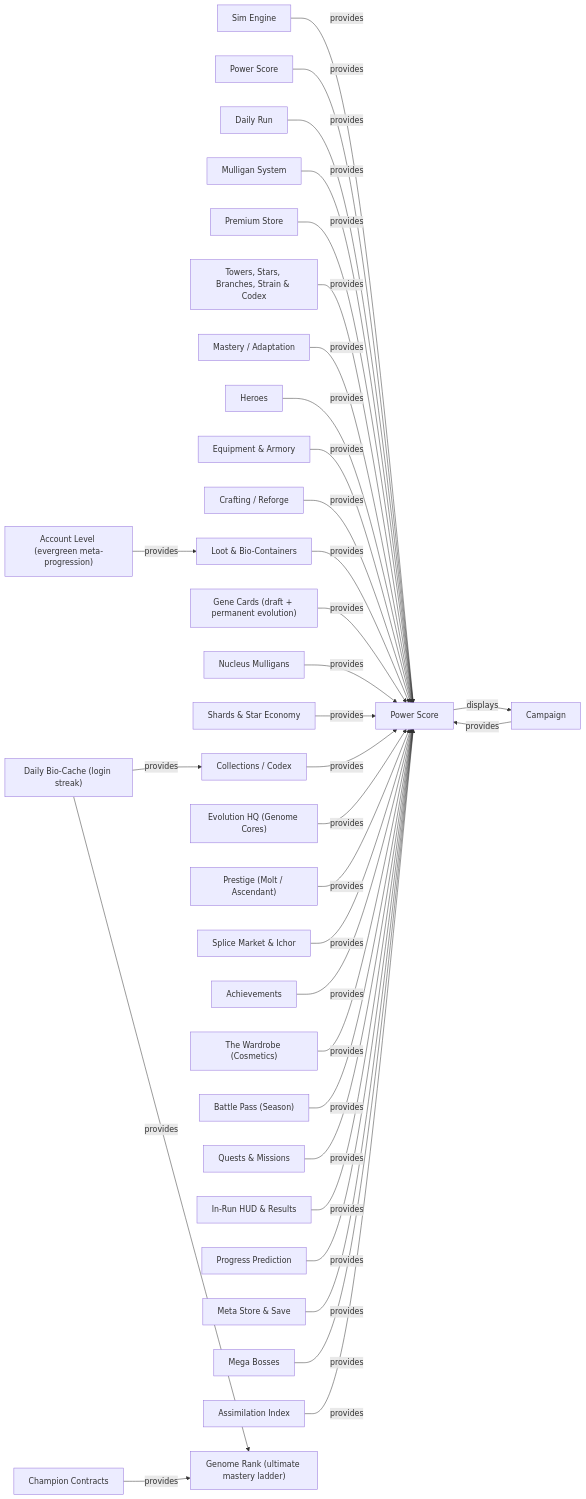
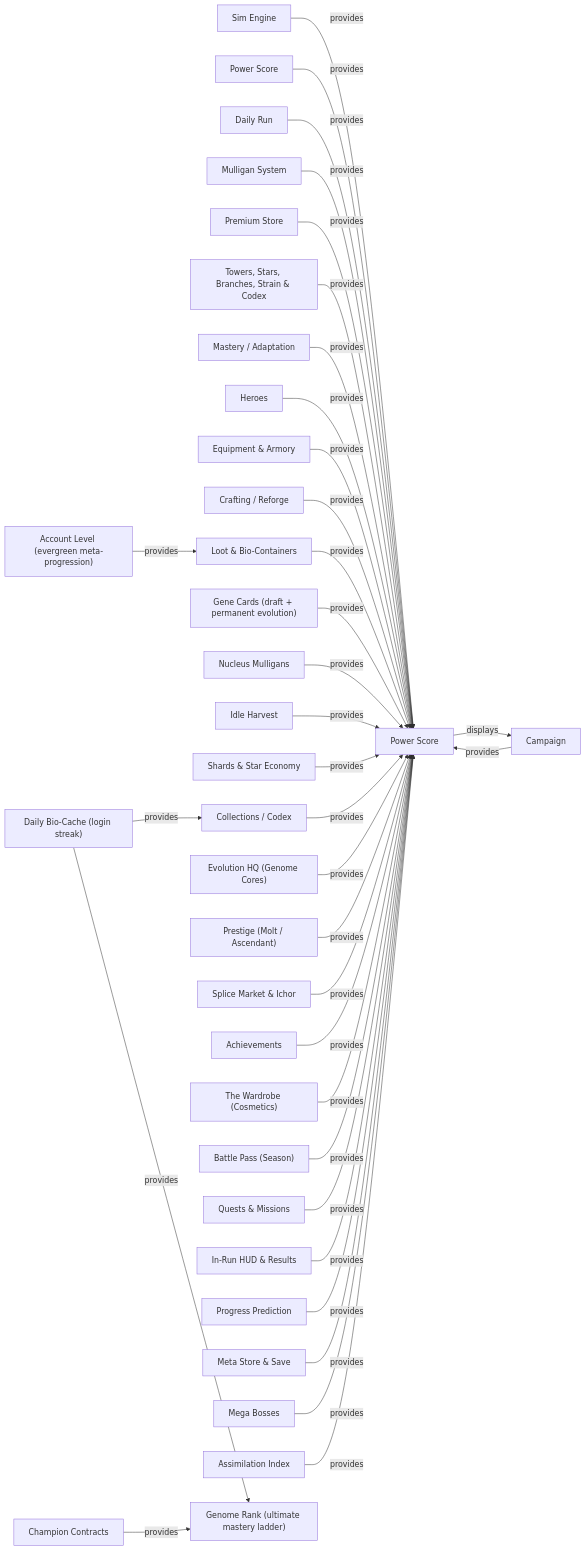
One commit to jathanalston-ship-it/TowerDefenseGame changed the second of 4 diagrams in docs/DIL_GRAPH.md. Above: the diagram before and after it, drawn with Mermaid. The commit also changed other lines of this file and 35 other files, not shown here.

````diff
--- a/docs/DIL_GRAPH.md
+++ b/docs/DIL_GRAPH.md
@@ -151,36 +153,37 @@
 ```mermaid
 graph LR
   system_engine["Sim Engine"] -->|provides| concept_power_score["Power Score"]
   system_power["Power Score"] -->|provides| concept_power_score["Power Score"]
   system_campaign["Campaign"] -->|provides| concept_power_score["Power Score"]
   system_daily["Daily Run"] -->|provides| concept_power_score["Power Score"]
   system_mulligans["Mulligan System"] -->|provides| concept_power_score["Power Score"]
   system_premium["Premium Store"] -->|provides| concept_power_score["Power Score"]
   system_towers["Towers, Stars, Branches, Strain & Codex"] -->|provides| concept_power_score["Power Score"]
   system_mastery["Mastery / Adaptation"] -->|provides| concept_power_score["Power Score"]
   system_heroes["Heroes"] -->|provides| concept_power_score["Power Score"]
   system_equipment["Equipment & Armory"] -->|provides| concept_power_score["Power Score"]
   system_crafting["Crafting / Reforge"] -->|provides| concept_power_score["Power Score"]
   system_loot["Loot & Bio-Containers"] -->|provides| concept_power_score["Power Score"]
   system_gene_cards["Gene Cards (draft + permanent evolution)"] -->|provides| concept_power_score["Power Score"]
   system_nucleus["Nucleus Mulligans"] -->|provides| concept_power_score["Power Score"]
+  system_idle_harvest["Idle Harvest"] -->|provides| concept_power_score["Power Score"]
   system_shards_economy["Shards & Star Economy"] -->|provides| concept_power_score["Power Score"]
   system_collection["Collections / Codex"] -->|provides| concept_power_score["Power Score"]
   system_evolution_hq["Evolution HQ (Genome Cores)"] -->|provides| concept_power_score["Power Score"]
   system_prestige["Prestige (Molt / Ascendant)"] -->|provides| concept_power_score["Power Score"]
   system_splice_market["Splice Market & Ichor"] -->|provides| concept_power_score["Power Score"]
   system_achievements["Achievements"] -->|provides| concept_power_score["Power Score"]
   system_cosmetics["The Wardrobe (Cosmetics)"] -->|provides| concept_power_score["Power Score"]
   system_battle_pass["Battle Pass (Season)"] -->|provides| concept_power_score["Power Score"]
   system_quests["Quests & Missions"] -->|provides| concept_power_score["Power Score"]
   system_run_ui["In-Run HUD & Results"] -->|provides| concept_power_score["Power Score"]
   system_prediction["Progress Prediction"] -->|provides| concept_power_score["Power Score"]
   system_meta_store["Meta Store & Save"] -->|provides| concept_power_score["Power Score"]
   system_mega_bosses["Mega Bosses"] -->|provides| concept_power_score["Power Score"]
   system_assimilation["Assimilation Index"] -->|provides| concept_power_score["Power Score"]
   system_daily_login["Daily Bio-Cache (login streak)"] -->|provides| system_genome_rank["Genome Rank (ultimate mastery ladder)"]
   system_daily_login["Daily Bio-Cache (login streak)"] -->|provides| system_collection["Collections / Codex"]
   concept_power_score["Power Score"] -->|displays| system_campaign["Campaign"]
   system_account_level["Account Level (evergreen meta-progression)"] -->|provides| system_loot["Loot & Bio-Containers"]
   system_contracts["Champion Contracts"] -->|provides| system_genome_rank["Genome Rank (ultimate mastery ladder)"]
 ```
````
